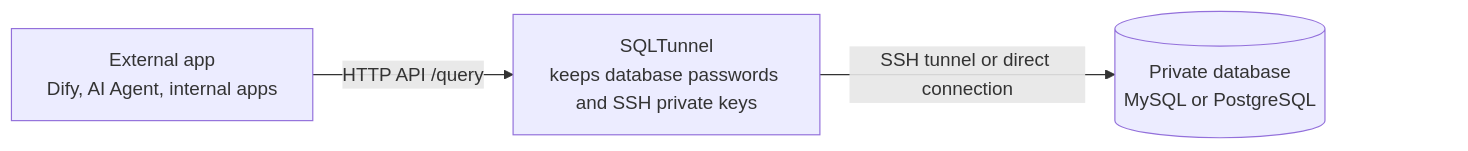
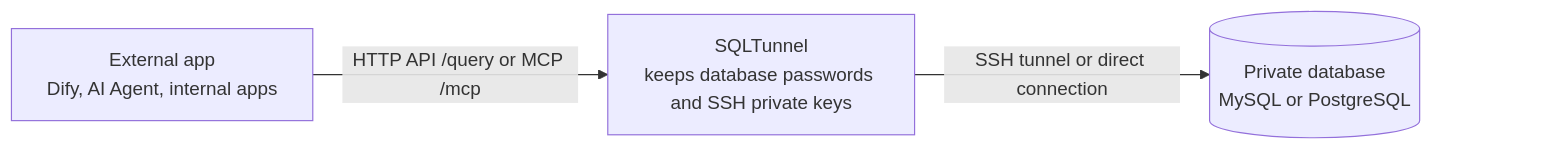
The diagram in README.md (NemoAlex/SQLTunnel), drawn with Mermaid before and after one commit. The commit also changed other lines of this file and 19 other files, not shown here.

Commit message:
feat: add MCP and schema discovery

````diff
--- a/README.md
+++ b/README.md
@@ -26,14 +27,14 @@
 ```mermaid
 flowchart LR
   ExternalApp["External app<br/>Dify, AI Agent, internal apps"]
   SQLTunnel["SQLTunnel<br/>keeps database passwords and SSH private keys"]
   Database[("Private database<br/>MySQL or PostgreSQL")]
   Padding[" "]
 
-  ExternalApp -->|"HTTP API /query"| SQLTunnel
+  ExternalApp -->|"HTTP API /query or MCP /mcp"| SQLTunnel
   SQLTunnel -->|"SSH tunnel or direct connection"| Database
   Database ~~~ Padding
 
   style Padding fill:transparent,stroke:transparent
   linkStyle 2 stroke:transparent
 ```
````
